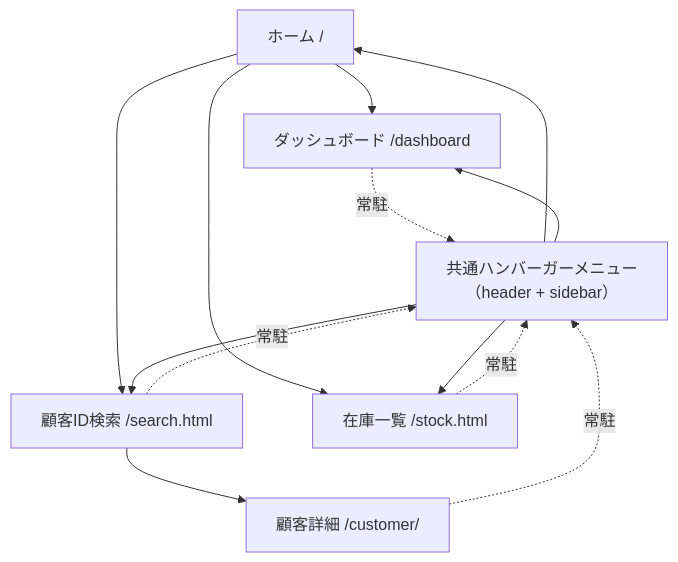
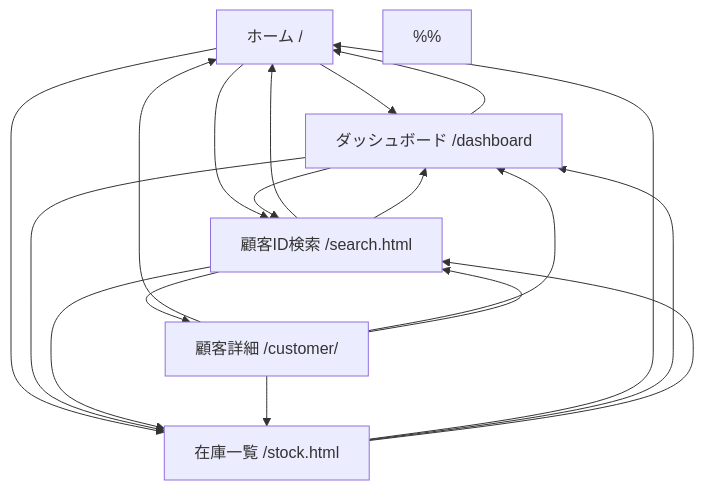
One commit to 31916/jikken3-kai changed the diagram in docs/screen_flow.md. Above: the diagram before and after it, drawn with Mermaid.

Commit message:
修正

````diff
--- a/docs/screen_flow.md
+++ b/docs/screen_flow.md
@@ -17,35 +17,39 @@
 ```mermaid
 flowchart TD
 
 %% 画面ノード
 A[ホーム /]
 B[ダッシュボード /dashboard]
 C[顧客ID検索 /search.html]
 D[在庫一覧 /stock.html]
 E[顧客詳細 /customer/<id>]
 
-%% 共通ナビ（全画面に常駐するUI）
-H[共通ハンバーガーメニュー<br/>（header + sidebar）]
 
 %% ホームからの遷移
 A --> B
 A --> C
 A --> D
 
-%% 共通ナビからの遷移（全ページで可能）
-H --> A
-H --> B
-H --> C
-H --> D
+%%
+B --> A
+B --> C
+B --> D
 
-%% 各ページに共通ナビがあることを明示（点線＝UI常駐）
-B -.常駐.-> H
-C -.常駐.-> H
-D -.常駐.-> H
-E -.常駐.-> H
-
-%% 個別遷移
+%%
+C --> A
+C --> B
+C --> D
 C --> E
 
+%%
+D --> A
+D --> B
+D --> C
+
+%%
+E --> A
+E --> B
+E --> C
+E --> D
 
 ```
````
